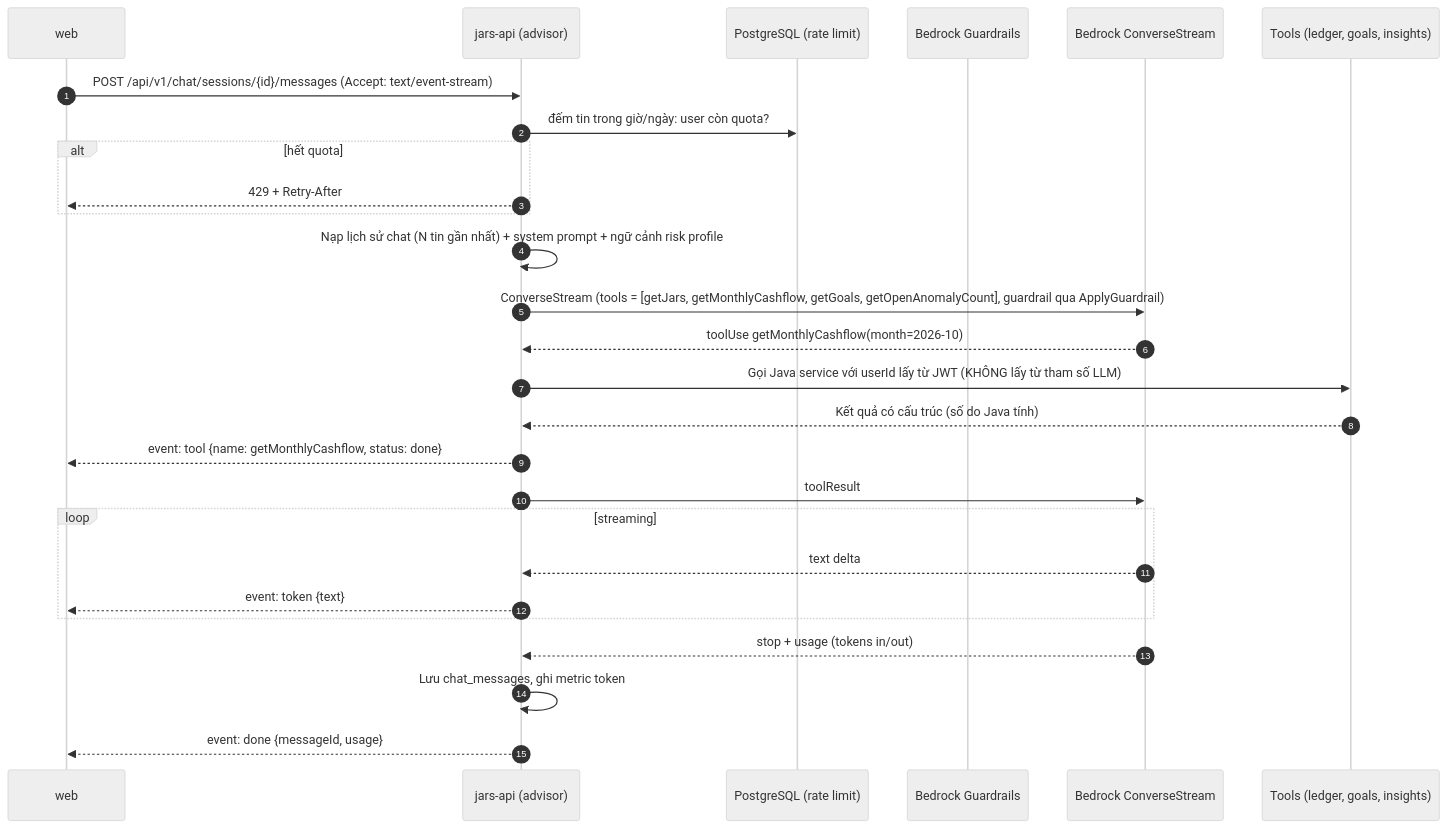
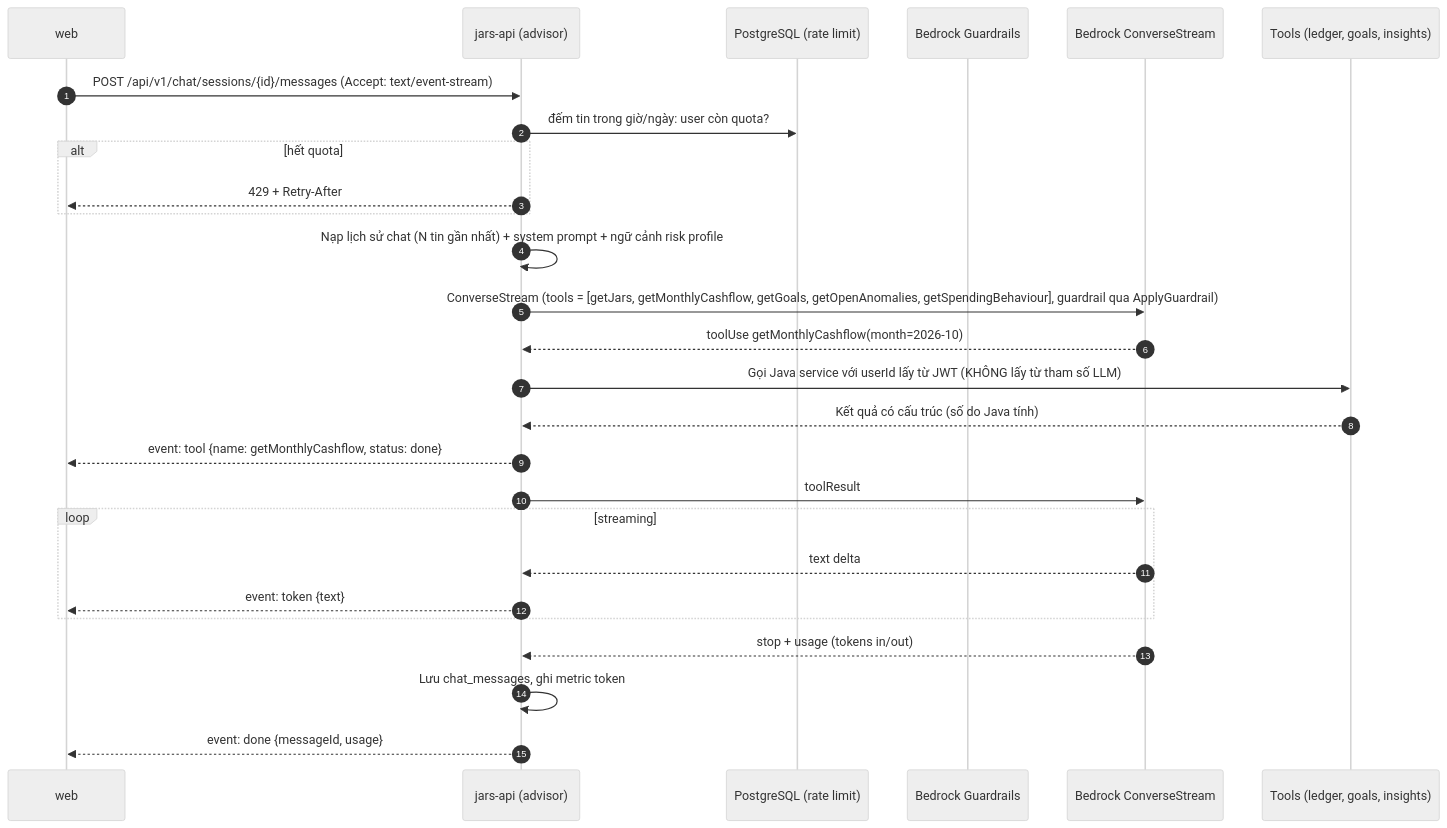
Before and after one commit to thphuc06/jar-platform: the fifth of 10 diagrams in docs/02-architecture/flows.md, drawn with Mermaid (neutral theme). The commit also changed 3 other files, not shown here.

Commit message:
docs: advisor tools list getOpenAnomalies and getSpendingBehaviour

````diff
--- a/docs/02-architecture/flows.md
+++ b/docs/02-architecture/flows.md
@@ -184,30 +184,30 @@
 ```mermaid
 sequenceDiagram
     autonumber
     participant W as web
     participant API as jars-api (advisor)
     participant RL as PostgreSQL (rate limit)
     participant G as Bedrock Guardrails
     participant B as Bedrock ConverseStream
     participant T as Tools (ledger, goals, insights)
 
     W->>API: POST /api/v1/chat/sessions/{id}/messages (Accept: text/event-stream)
     API->>RL: đếm tin trong giờ/ngày: user còn quota?
     alt hết quota
         API-->>W: 429 + Retry-After
     end
     API->>API: Nạp lịch sử chat (N tin gần nhất) + system prompt + ngữ cảnh risk profile
-    API->>B: ConverseStream (tools = [getJars, getMonthlyCashflow, getGoals, getOpenAnomalyCount], guardrail qua ApplyGuardrail)
+    API->>B: ConverseStream (tools = [getJars, getMonthlyCashflow, getGoals, getOpenAnomalies, getSpendingBehaviour], guardrail qua ApplyGuardrail)
     B-->>API: toolUse getMonthlyCashflow(month=2026-10)
     API->>T: Gọi Java service với userId lấy từ JWT (KHÔNG lấy từ tham số LLM)
     T-->>API: Kết quả có cấu trúc (số do Java tính)
     API-->>W: event: tool {name: getMonthlyCashflow, status: done}
     API->>B: toolResult
     loop streaming
         B-->>API: text delta
         API-->>W: event: token {text}
     end
     B-->>API: stop + usage (tokens in/out)
     API->>API: Lưu chat_messages, ghi metric token
     API-->>W: event: done {messageId, usage}
 ```
````
